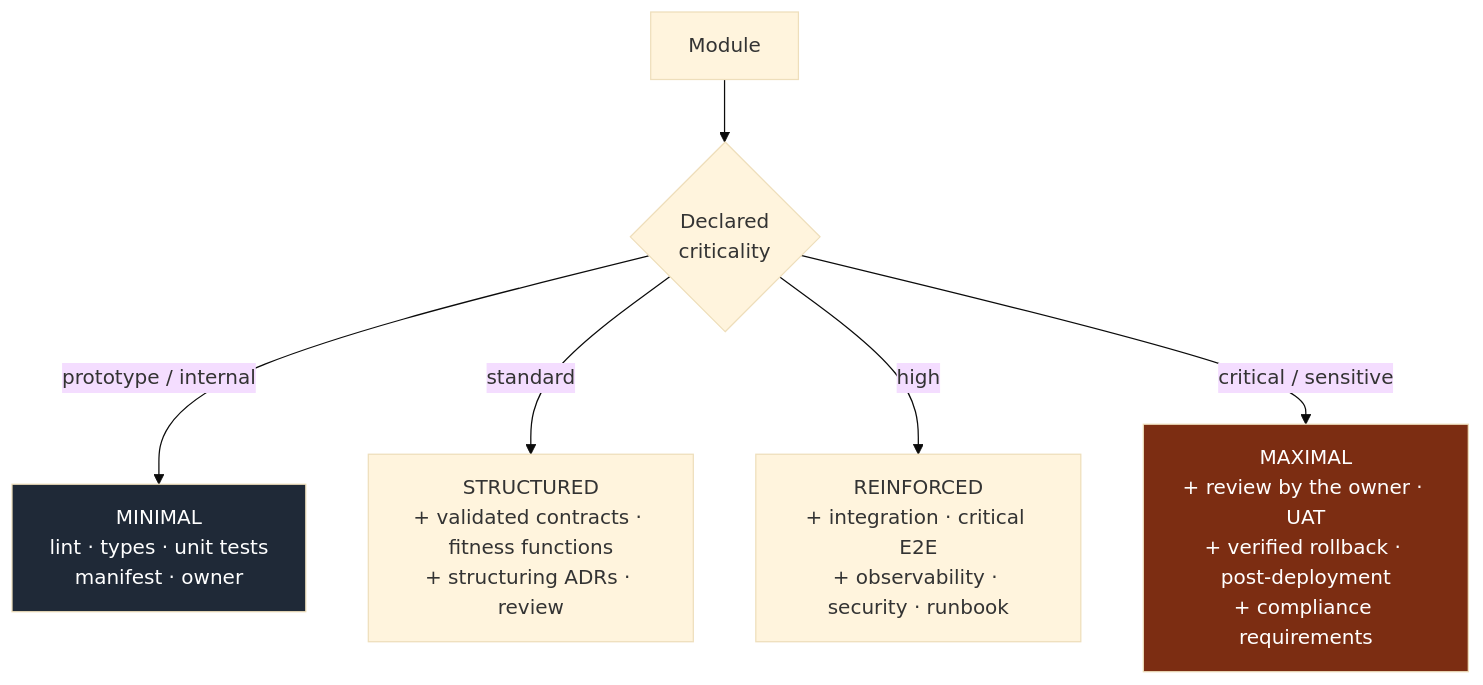
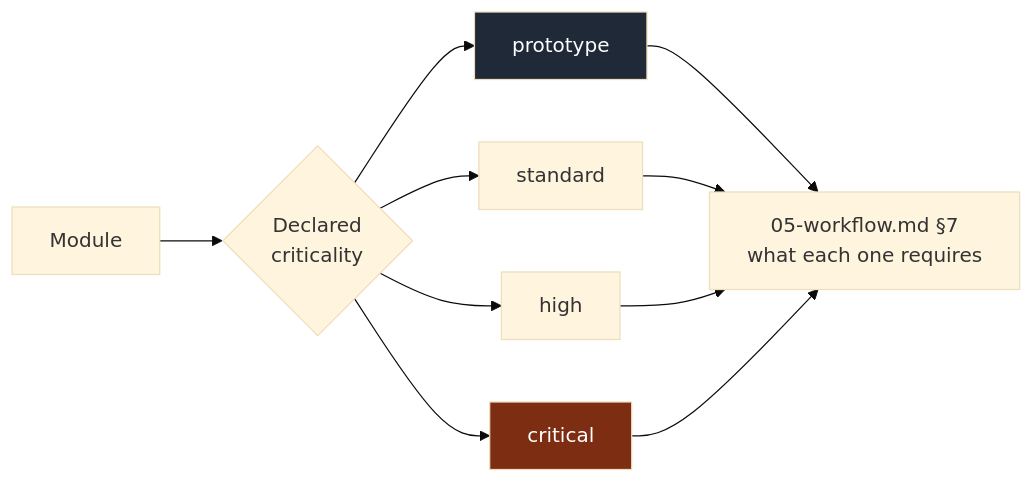
One commit to NapkinStack/engineering-os changed the third of 4 diagrams in skeleton/docs/os/07-governance.md. Above: the diagram before and after it, drawn with Mermaid (base theme). The commit also changed other lines of this file and 5 other files, not shown here.

First line of the commit message:
M11a — one matrix, prototype included, and each row says who judges it (#102)

````diff
--- a/skeleton/docs/os/07-governance.md
+++ b/skeleton/docs/os/07-governance.md
@@ -196,12 +201,15 @@
 ```mermaid
-flowchart TD
+flowchart LR
     A["Module"] --> B{"Declared<br/>criticality"}
+    B --> P["prototype"]:::light
+    B --> S["standard"]
+    B --> H["high"]
+    B --> C["critical"]:::heavy
+    P --> T["05-workflow.md §7<br/>what each one requires"]
+    S --> T
+    H --> T
+    C --> T
 
-    B -->|"prototype / internal"| P["MINIMAL<br/>lint · types · unit tests<br/>manifest · owner"]
-    B -->|"standard"| S["STRUCTURED<br/>+ validated contracts · fitness functions<br/>+ structuring ADRs · review"]
-    B -->|"high"| E["REINFORCED<br/>+ integration · critical E2E<br/>+ observability · security · runbook"]
-    B -->|"critical / sensitive"| C["MAXIMAL<br/>+ review by the owner · UAT<br/>+ verified rollback · post-deployment<br/>+ compliance requirements"]
-
-    style P fill:#1f2937,color:#fff
-    style C fill:#7c2d12,color:#fff
+    classDef light fill:#1f2937,color:#fff
+    classDef heavy fill:#7c2d12,color:#fff
 ```
````
